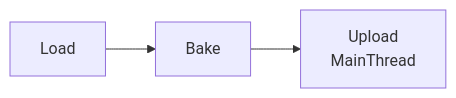
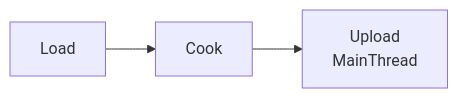
The third of 4 diagrams in Source/Core/Task/README.md (sswgame/LearningTemplate), drawn with Mermaid before and after one commit. The commit also changed other lines of this file and 169 other files, not shown here.

````diff
--- a/Source/Core/Task/README.md
+++ b/Source/Core/Task/README.md
@@ -164,4 +164,4 @@
 ```mermaid
 flowchart LR
-  L[Load] --> B[Bake] --> U[Upload<br/>MainThread]
+  L[Load] --> B[Cook] --> U[Upload<br/>MainThread]
 ```
````
